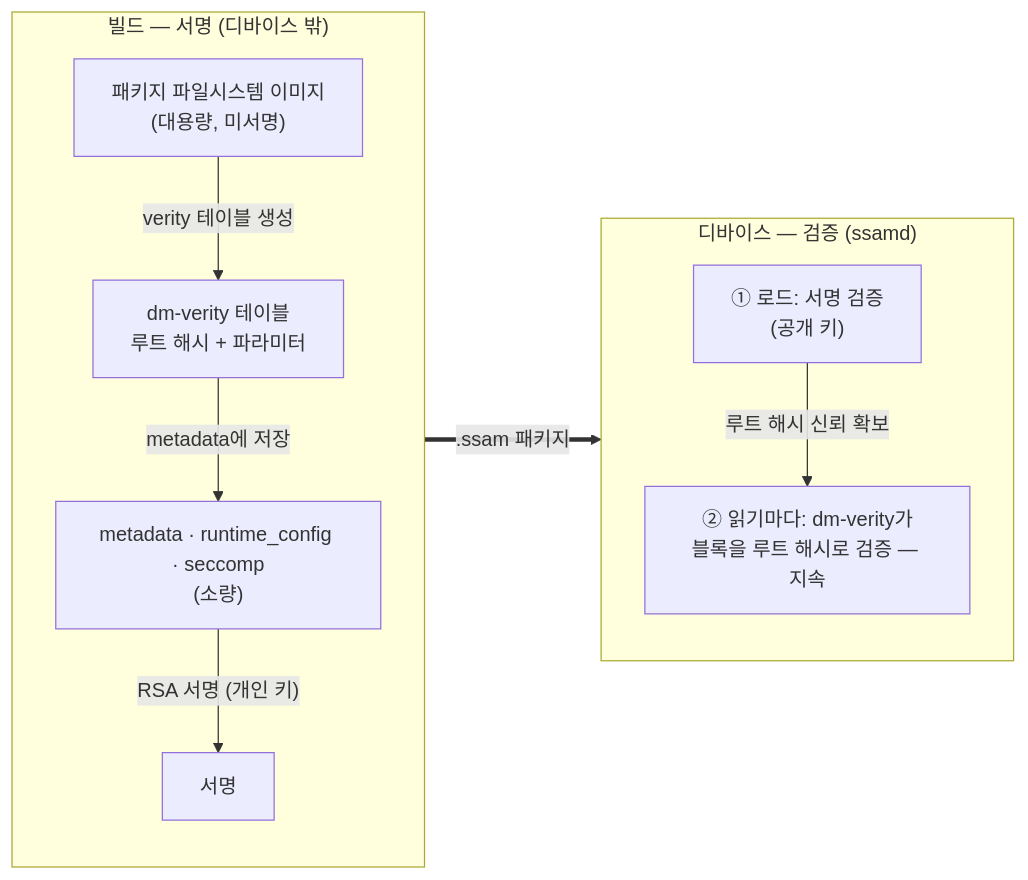
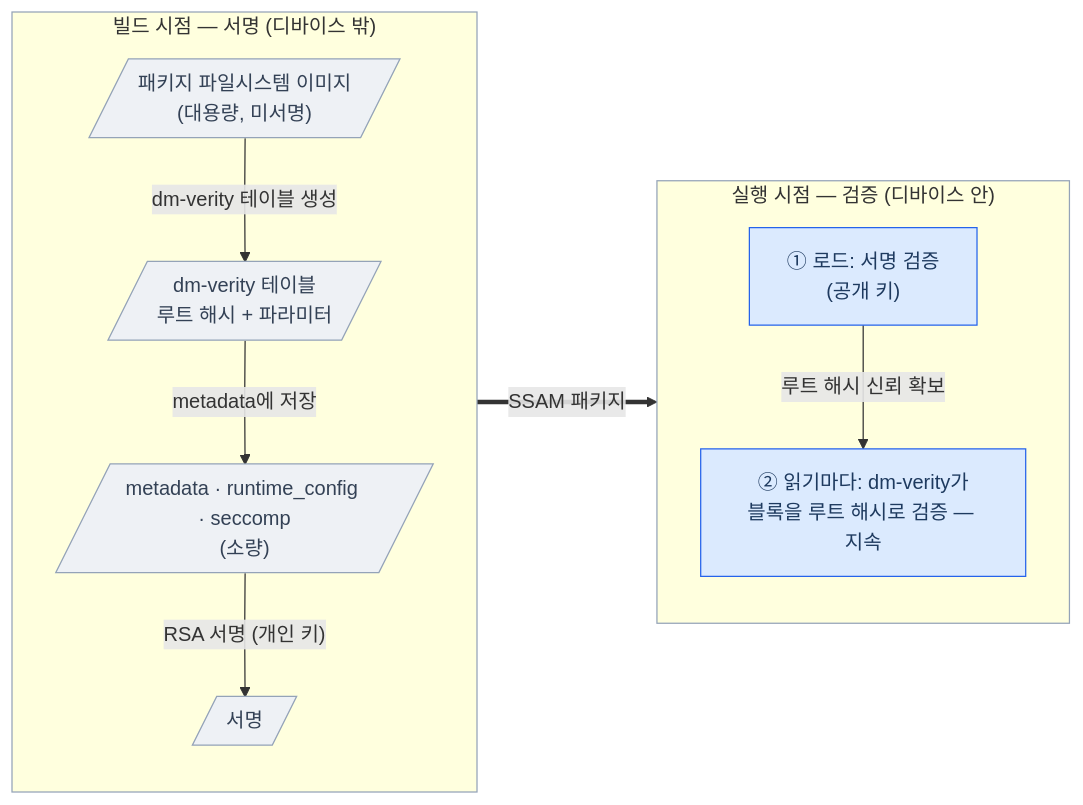
One commit to mobis-oss/ssam changed the diagram in docs/architecture/package-integrity.ko.md. Above: the diagram before and after it, drawn with Mermaid. The commit also changed other lines of this file and 14 other files, not shown here.

Commit message:
docs: Add architecture documents

````diff
--- a/docs/architecture/package-integrity.ko.md
+++ b/docs/architecture/package-integrity.ko.md
@@ -53,19 +55,26 @@
 ```mermaid
 flowchart LR
-  subgraph SIGN["빌드 — 서명 (디바이스 밖)"]
+  subgraph SIGN["빌드 시점 — 서명 (디바이스 밖)"]
     direction TB
-    IMG["패키지 파일시스템 이미지<br/>(대용량, 미서명)"]
-    IMG -->|"verity 테이블 생성"| RH["dm-verity 테이블<br/>루트 해시 + 파라미터"]
-    RH -->|"metadata에 저장"| CFG["metadata · runtime_config · seccomp<br/>(소량)"]
-    CFG -->|"RSA 서명 (개인 키)"| SIG["서명"]
+    IMG[/"패키지 파일시스템 이미지<br/>(대용량, 미서명)"/]
+    IMG -->|"dm-verity 테이블 생성"| RH[/"dm-verity 테이블<br/>루트 해시 + 파라미터"/]
+    RH -->|"metadata에 저장"| CFG[/"metadata · runtime_config · seccomp<br/>(소량)"/]
+    CFG -->|"RSA 서명 (개인 키)"| SIG[/"서명"/]
   end
 
-  subgraph DEV["디바이스 — 검증 (ssamd)"]
+  subgraph DEV["실행 시점 — 검증 (디바이스 안)"]
     direction TB
     ONCE["① 로드: 서명 검증<br/>(공개 키)"]
     CONT["② 읽기마다: dm-verity가<br/>블록을 루트 해시로 검증 — 지속"]
     ONCE -->|"루트 해시 신뢰 확보"| CONT
   end
 
-  SIGN ==>|".ssam 패키지"| DEV
+  SIGN ==>|"SSAM 패키지"| DEV
+
+  classDef actor fill:#dbeafe,stroke:#2563eb,color:#1e3a5f;
+  classDef data fill:#eef1f5,stroke:#94a3b8,color:#334155;
+  class IMG,RH,CFG,SIG data;
+  class ONCE,CONT actor;
+  style SIGN stroke:#94a3b8
+  style DEV stroke:#94a3b8
 ```
````
